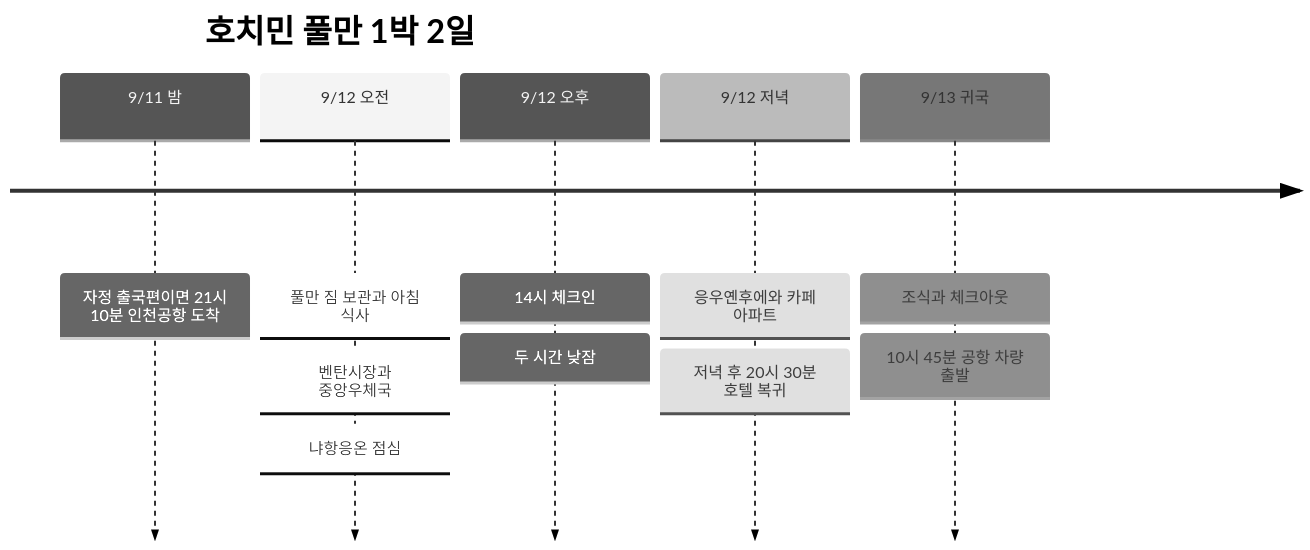
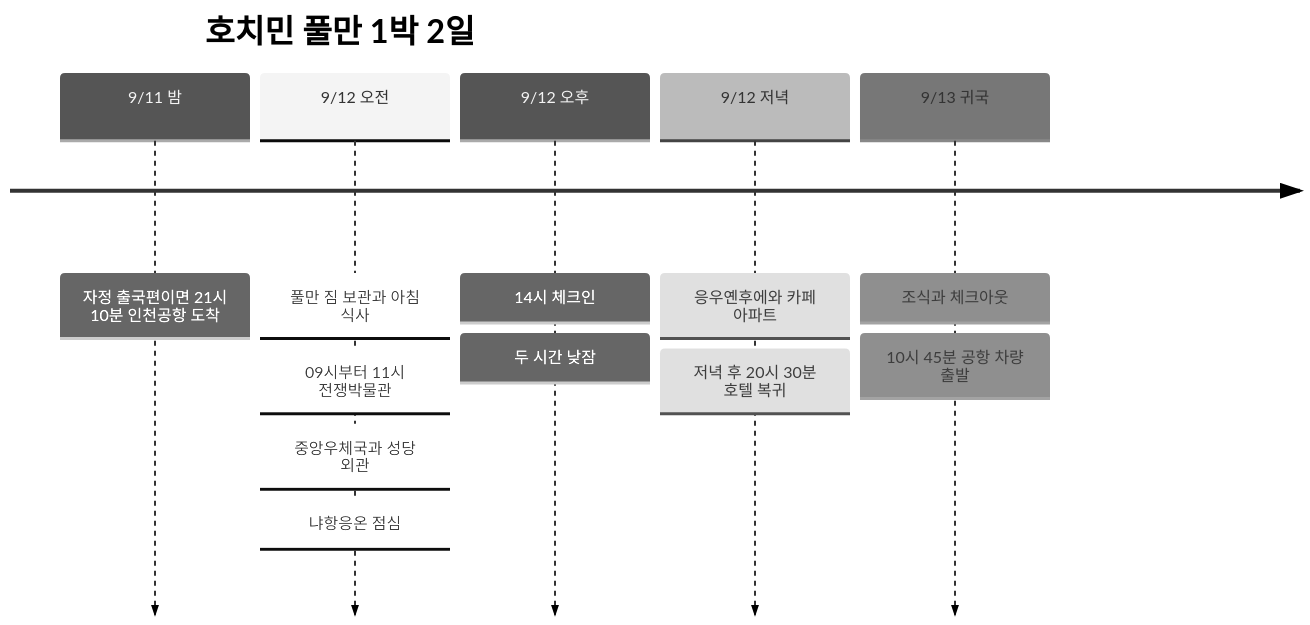
One commit to gongdongho12/commit-map changed the diagram in src/content/posts/2026-09-12-ho-chi-minh-pullman.md. Above: the diagram before and after it, drawn with Mermaid (neutral theme). The commit also changed other lines of this file and 1 other file, not shown here.

````diff
--- a/src/content/posts/2026-09-12-ho-chi-minh-pullman.md
+++ b/src/content/posts/2026-09-12-ho-chi-minh-pullman.md
@@ -79,14 +80,15 @@
 ```mermaid
 timeline
   title 호치민 풀만 1박 2일
   9/11 밤 : 자정 출국편이면 21시 10분 인천공항 도착
   9/12 오전 : 풀만 짐 보관과 아침 식사
-             : 벤탄시장과 중앙우체국
+             : 09시부터 11시 전쟁박물관
+             : 중앙우체국과 성당 외관
              : 냐항응온 점심
   9/12 오후 : 14시 체크인
              : 두 시간 낮잠
   9/12 저녁 : 응우옌후에와 카페 아파트
              : 저녁 후 20시 30분 호텔 복귀
   9/13 귀국 : 조식과 체크아웃
              : 10시 45분 공항 차량 출발
 ```
````
